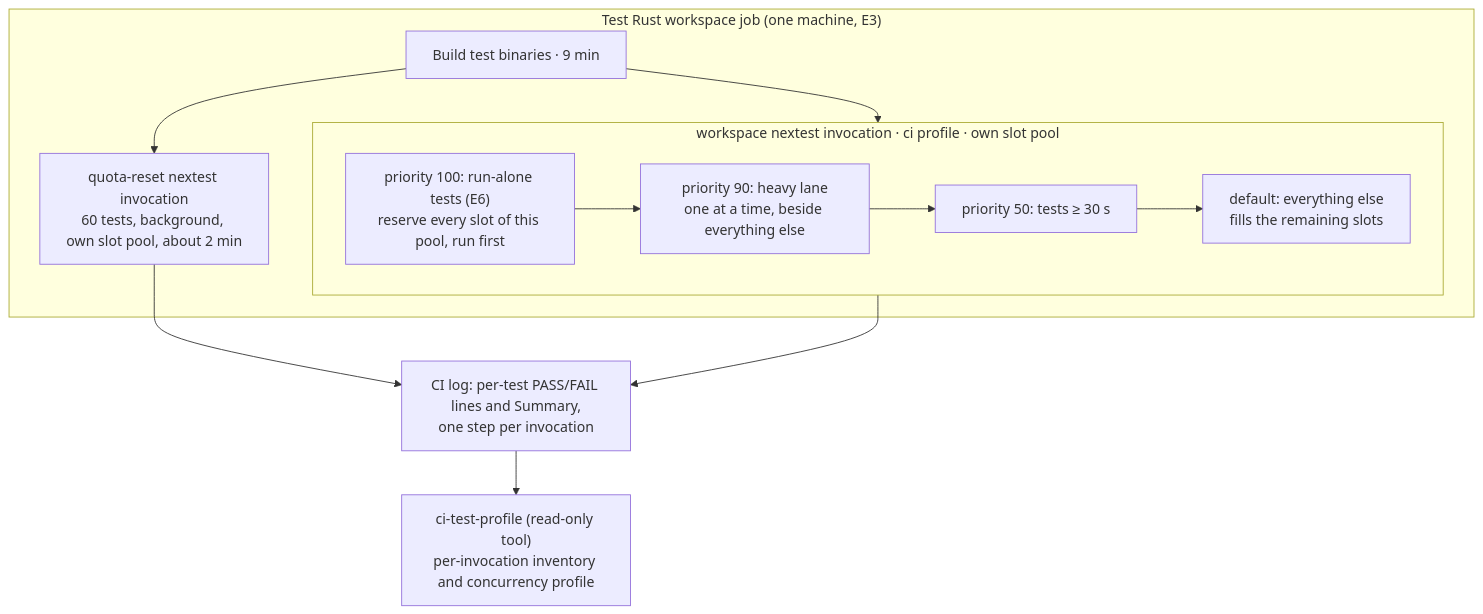
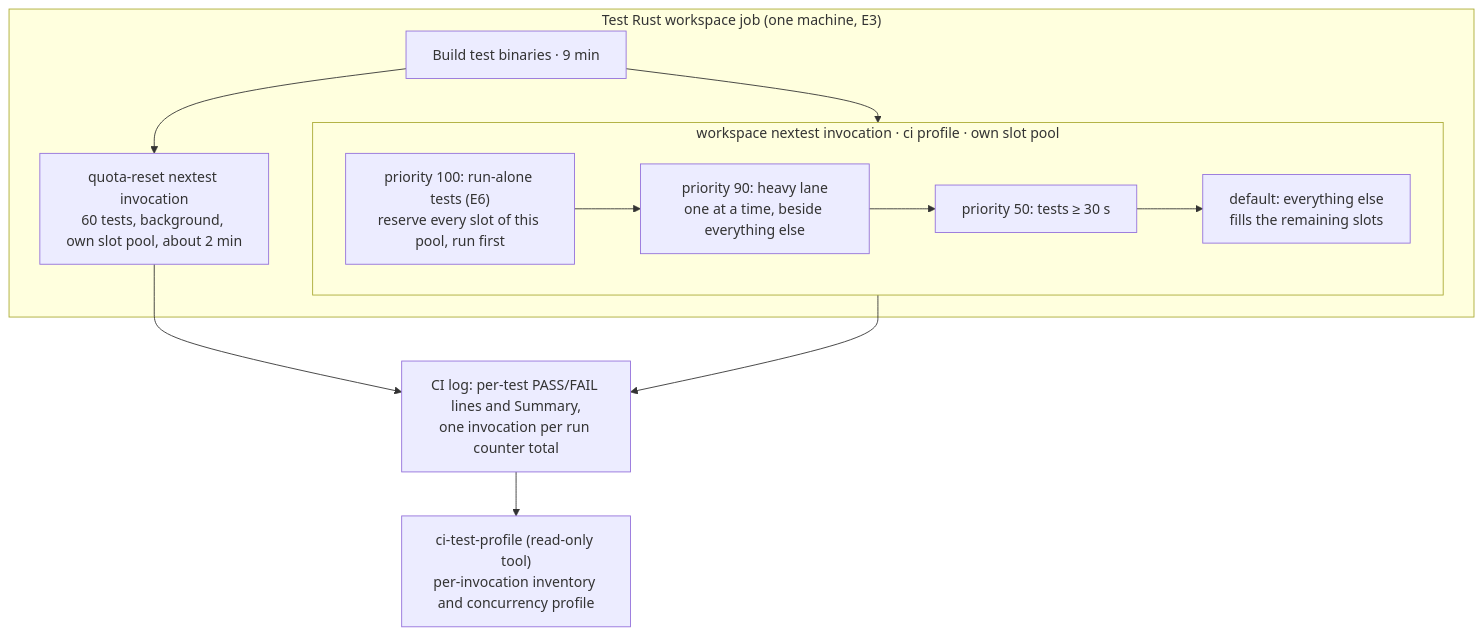
One commit to agent-collaboration/agent-collaboration changed the diagram in docs/specs/2026-11-04-ci-30-minutes/program-design.md. Above: the diagram before and after it, drawn with Mermaid. The commit also changed other lines of this file and 2 other files, not shown here.

Commit message:
Design: profile tool groups invocations by nextest run total, not GitHub step names (Implementer S1 stop: UNKNOWN STEP logs)

````diff
--- a/docs/specs/2026-11-04-ci-30-minutes/program-design.md
+++ b/docs/specs/2026-11-04-ci-30-minutes/program-design.md
@@ -10,18 +10,18 @@
 ```mermaid
 flowchart TB
   subgraph job["Test Rust workspace job (one machine, E3)"]
     build["Build test binaries · 9 min"] --> quota & ws
     quota["quota-reset nextest invocation<br/>60 tests, background, own slot pool, about 2 min"]
     subgraph ws["workspace nextest invocation · ci profile · own slot pool"]
       direction LR
       p100["priority 100: run-alone tests (E6)<br/>reserve every slot of this pool, run first"]
       p90["priority 90: heavy lane<br/>one at a time, beside everything else"]
       p50["priority 50: tests ≥ 30 s"]
       p0["default: everything else<br/>fills the remaining slots"]
       p100 --> p90 --> p50 --> p0
     end
   end
-  ws --> log["CI log: per-test PASS/FAIL lines and Summary,<br/>one step per invocation"]
+  ws --> log["CI log: per-test PASS/FAIL lines and Summary,<br/>one invocation per run counter total"]
   quota --> log
   log --> prof["ci-test-profile (read-only tool)<br/>per-invocation inventory and concurrency profile"]
 ```
````
